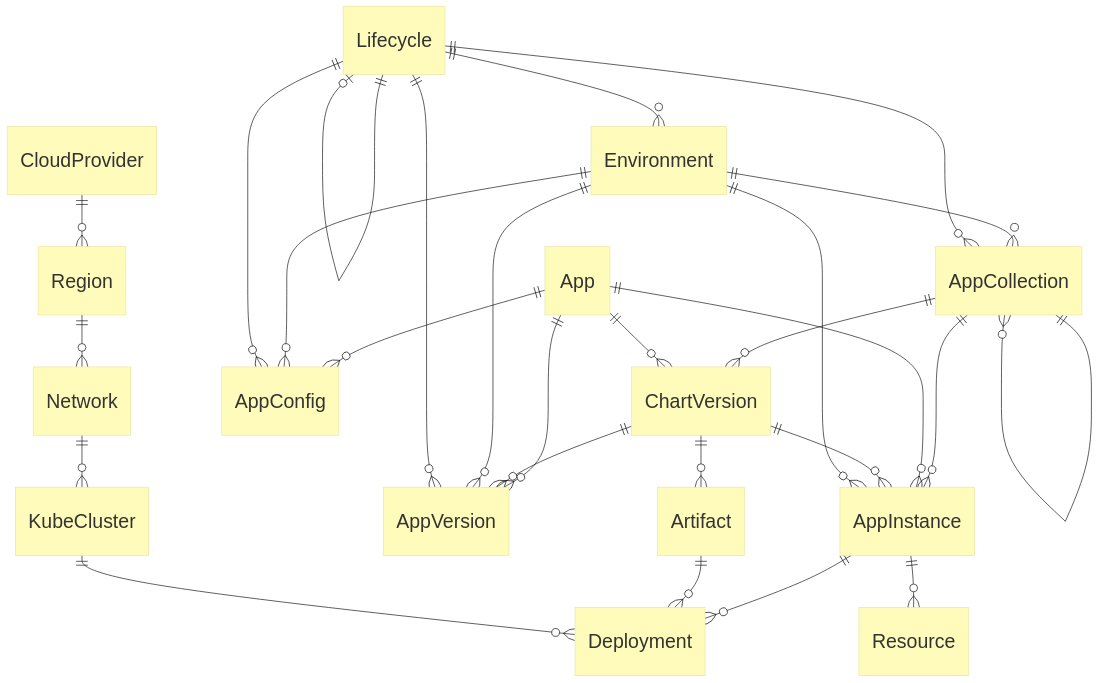
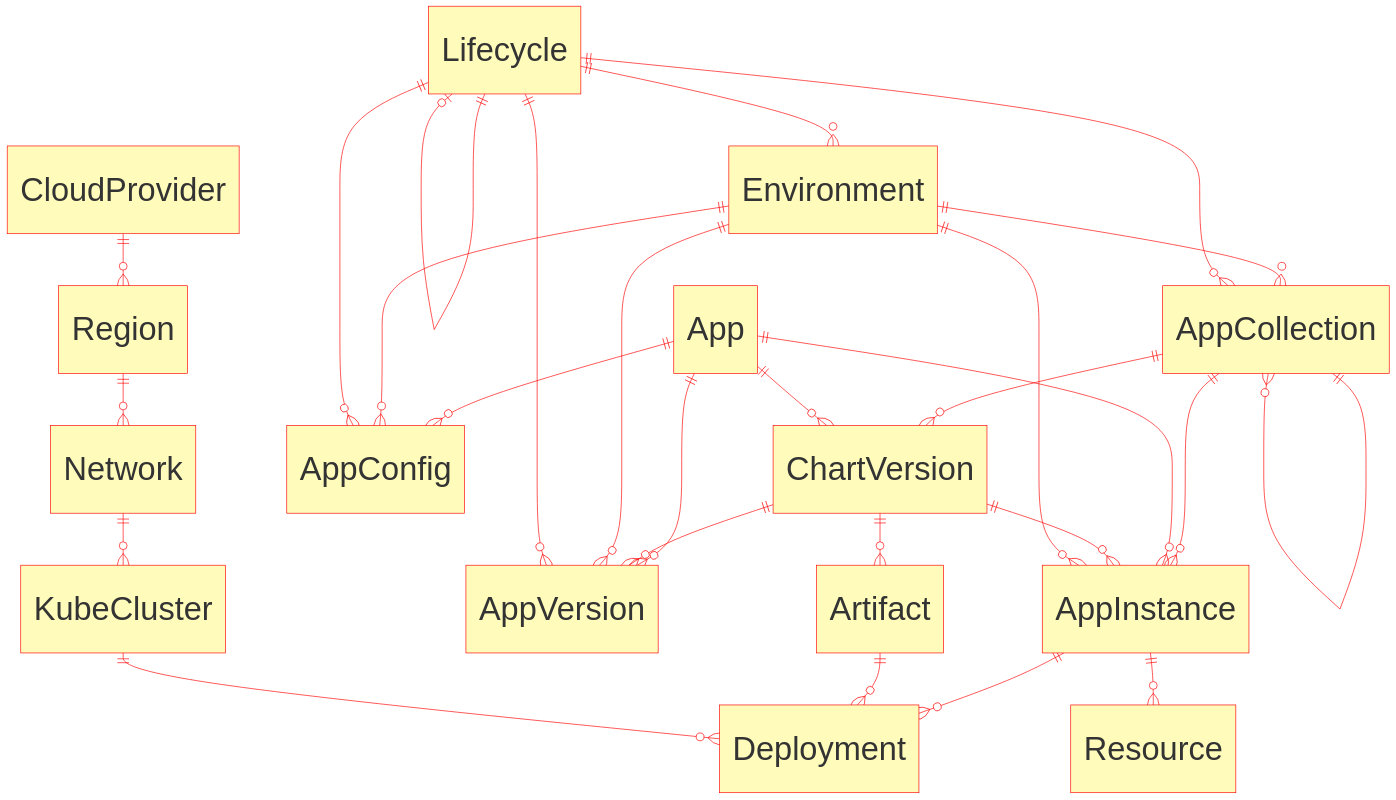
The diagram in docs/model.md (seizadi/cmdb), drawn with Mermaid before and after one commit. The commit also changed 7 other files, not shown here.

````diff
--- a/docs/model.md
+++ b/docs/model.md
@@ -1,30 +1,30 @@
 ```mermaid
-%%{init: {'theme': 'base', 'themeVariables': { 'primaryColor': '#fffcbb', 'fontFamily': 'verdana', 'fontSize': '30px'}}}%%
+%%{init: {'theme': 'base', 'themeVariables': { 'primaryColor': '#fffcbb', 'fontFamily': 'aerial', 'fontSize': '50px', 'lineColor': '#ff0000', 'primaryBorderColor': '#ff0000'}}}%%
 erDiagram
     AppCollection ||--o{ ChartVersion : ""
     AppCollection ||--o{ AppCollection : ""
     AppCollection ||--o{ AppInstance : ""
     AppInstance ||--o{ Deployment : ""
     AppInstance ||--o{ Resource : ""
     App ||--o{ AppConfig : ""
     App ||--o{ AppInstance : ""
     App ||--o{ AppVersion : ""
     App ||--o{ ChartVersion : ""
     Artifact ||--o{ Deployment : ""
     ChartVersion ||--o{ AppInstance : ""
     ChartVersion ||--o{ AppVersion : ""
     ChartVersion ||--o{ Artifact : ""
     CloudProvider ||--o{ Region : ""
     Environment ||--o{ AppCollection : ""    
     Environment ||--o{ AppConfig : ""
     Environment ||--o{ AppInstance : ""
     Environment ||--o{ AppVersion : ""
     KubeCluster ||--o{ Deployment : ""
     Lifecycle ||--o{ AppCollection : ""
     Lifecycle ||--o{ AppConfig : ""
     Lifecycle ||--o{ AppVersion : ""
     Lifecycle ||--o{ Environment : ""
     Lifecycle ||--o| Lifecycle : ""
     Network ||--o{ KubeCluster : ""
     Region ||--o{ Network : ""
 ```
````
